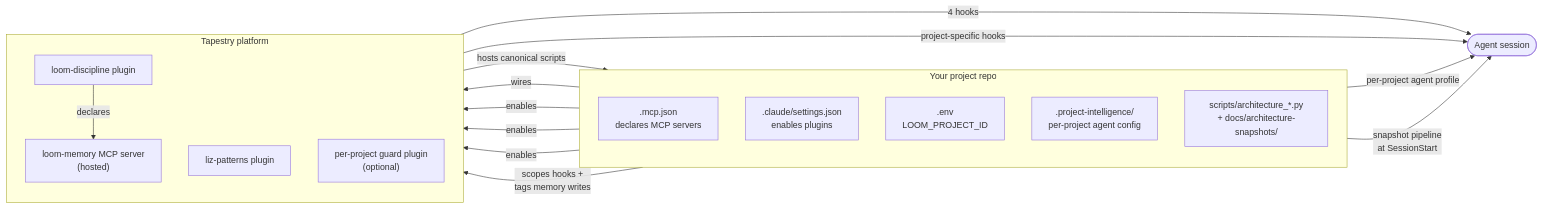
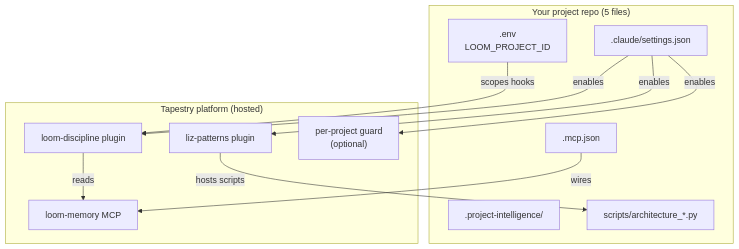
The third of 4 diagrams in apps/docs-site/src/content/docs/start/what-stays-on-track.md (Lizo-RoadTown/tapestry), drawn with Mermaid before and after one commit. The commit also changed other lines of this file and 1 other file, not shown here.

Commit message:
docs: split the cramped LR diagram into two clear TB diagrams
The single LR diagram with TB subgraphs + 11 cross-cluster edges was
rendering with crossings and label collisions. Per the binding rule
to default to TB for ≥4 nodes (and this had 10), and per the principle
that two simpler diagrams beat one dense one:

- Diagram 1: what's wired where (your repo's config files → which
  platform piece each one enables)
- Diagram 2: how each piece reaches the agent session

Same content, no information lost. The LR-with-TB-subgraphs combination
was the layout source of the visual mess; pure TB renders cleanly.

Fixes both copies (explanation/discipline-stack.md + start/what-stays-on-track.md).

````diff
--- a/apps/docs-site/src/content/docs/start/what-stays-on-track.md
+++ b/apps/docs-site/src/content/docs/start/what-stays-on-track.md
@@ -63,33 +65,25 @@
 ```mermaid
-flowchart LR
-  subgraph PROJECT["Your project repo"]
-    direction TB
-    MCP[".mcp.json<br/>declares MCP servers"]
-    SETTINGS[".claude/settings.json<br/>enables plugins"]
+flowchart TB
+  subgraph PROJECT["Your project repo (5 files)"]
+    SETTINGS[".claude/settings.json"]
+    MCP[".mcp.json"]
     ENV[".env<br/>LOOM_PROJECT_ID"]
-    PI[".project-intelligence/<br/>per-project agent config"]
-    SNAP["scripts/architecture_*.py<br/>+ docs/architecture-snapshots/"]
+    PI[".project-intelligence/"]
+    SNAP["scripts/architecture_*.py"]
   end
 
-  subgraph PLATFORM["Tapestry platform"]
-    direction TB
+  subgraph PLATFORM["Tapestry platform (hosted)"]
     PLUGIN1["loom-discipline plugin"]
     PLUGIN2["liz-patterns plugin"]
-    PLUGIN3["per-project guard plugin<br/>(optional)"]
-    MEMORY["loom-memory MCP server<br/>(hosted)"]
+    PLUGIN3["per-project guard<br/>(optional)"]
+    MEMORY["loom-memory MCP"]
   end
 
-  AGENT(["Agent session"])
-
-  MCP -->|"wires"| MEMORY
-  SETTINGS -->|"enables"| PLUGIN1
-  SETTINGS -->|"enables"| PLUGIN2
-  SETTINGS -->|"enables"| PLUGIN3
-  PLUGIN1 -->|"declares"| MEMORY
-  PLUGIN1 -->|"4 hooks"| AGENT
-  PLUGIN3 -->|"project-specific hooks"| AGENT
-  PLUGIN2 -->|"hosts canonical scripts"| SNAP
-  ENV -->|"scopes hooks +<br/>tags memory writes"| PLUGIN1
-  PI -->|"per-project agent profile"| AGENT
-  SNAP -->|"snapshot pipeline<br/>at SessionStart"| AGENT
+  SETTINGS -->|enables| PLUGIN1
+  SETTINGS -->|enables| PLUGIN2
+  SETTINGS -->|enables| PLUGIN3
+  MCP -->|wires| MEMORY
+  ENV -->|scopes hooks| PLUGIN1
+  PLUGIN1 -->|reads| MEMORY
+  PLUGIN2 -->|hosts scripts| SNAP
 ```
````
